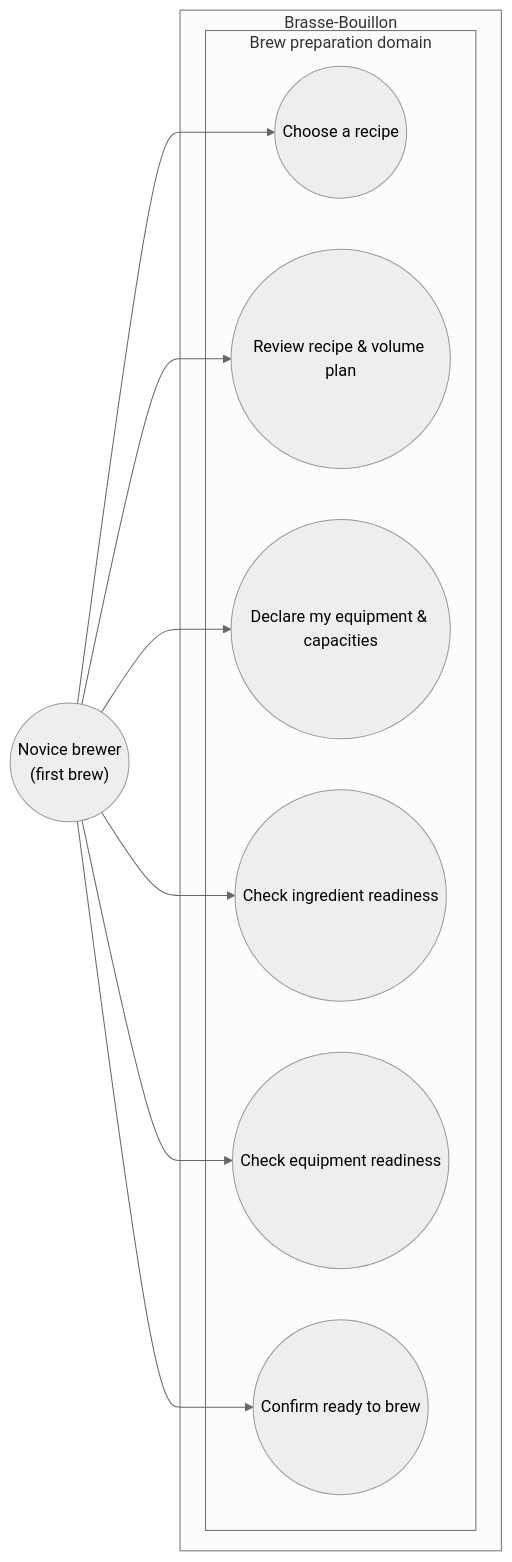
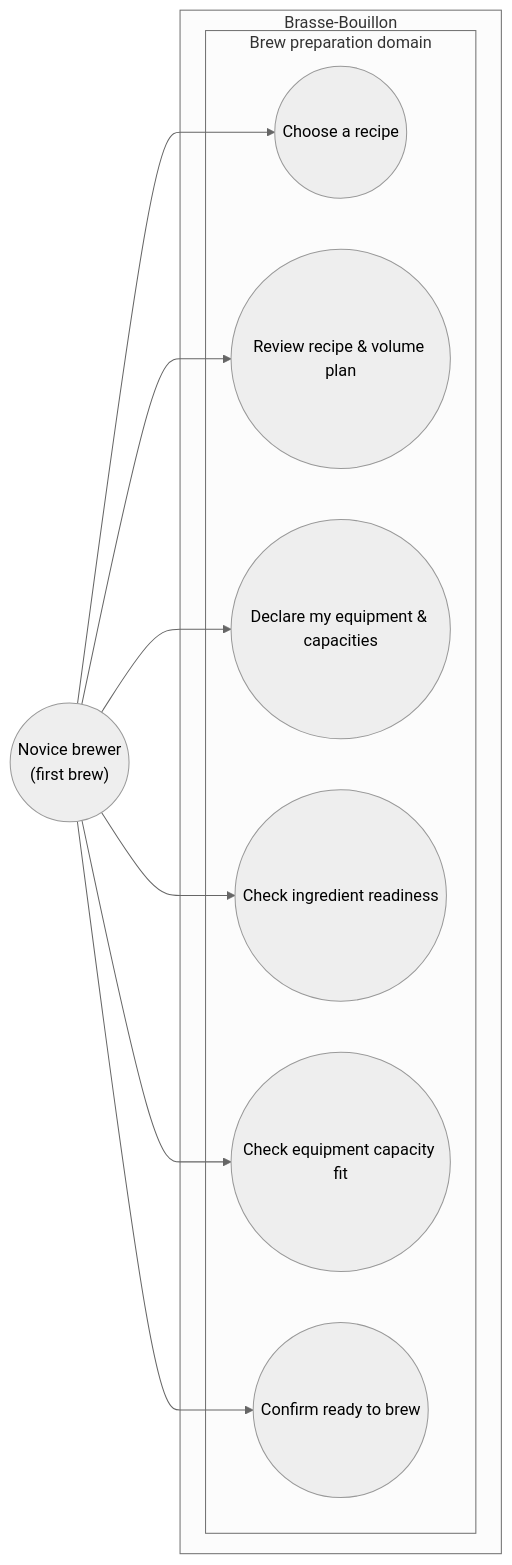
Before and after one commit to benoit-bremaud/brasse-bouillon: the diagram in docs/architecture/diagrams/brew-prep/01-use-case.md, drawn with Mermaid (neutral theme). The commit also changed other lines of this file and 6 other files, not shown here.

First line of the commit message:
docs(brew-prep/architecture): ADR-0026 equipment capacity fit-check + brew-prep UML refresh (#1360)

````diff
--- a/docs/architecture/diagrams/brew-prep/01-use-case.md
+++ b/docs/architecture/diagrams/brew-prep/01-use-case.md
@@ -17,20 +17,20 @@
 ```mermaid
 flowchart LR
   Brewer(("Novice brewer<br/>(first brew)"))
   subgraph SYSTEM ["Brasse-Bouillon"]
     subgraph Prep ["Brew preparation domain"]
       UC1(("Choose a recipe"))
       UC2(("Review recipe & volume plan"))
       UC3(("Declare my equipment & capacities"))
       UC4(("Check ingredient readiness"))
-      UC5(("Check equipment readiness"))
+      UC5(("Check equipment capacity fit"))
       UC6(("Confirm ready to brew"))
     end
   end
   Brewer --> UC1
   Brewer --> UC2
   Brewer --> UC3
   Brewer --> UC4
   Brewer --> UC5
   Brewer --> UC6
 ```
````
